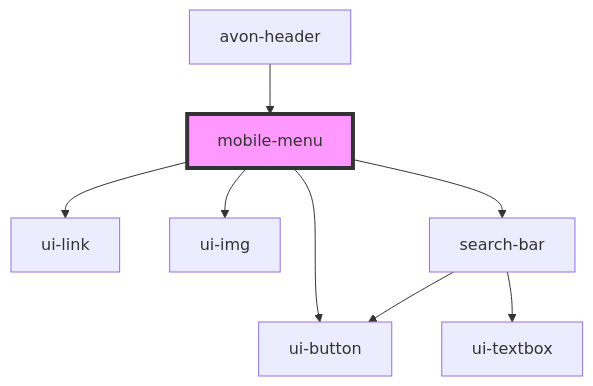
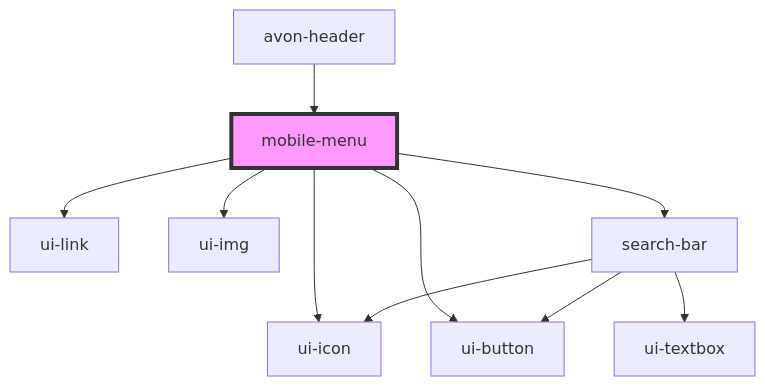
Before and after one commit to ankitghanekar-hcl/ui-shared-web-components: the diagram in src/components/avon-header/mobile-menu/readme.md, drawn with Mermaid. The commit also changed other lines of this file and 18 other files, not shown here.

````diff
--- a/src/components/avon-header/mobile-menu/readme.md
+++ b/src/components/avon-header/mobile-menu/readme.md
@@ -34,11 +35,13 @@
 ```mermaid
 graph TD;
   mobile-menu --> ui-link
   mobile-menu --> ui-img
+  mobile-menu --> ui-icon
   mobile-menu --> ui-button
   mobile-menu --> search-bar
   search-bar --> ui-textbox
   search-bar --> ui-button
+  search-bar --> ui-icon
   avon-header --> mobile-menu
   style mobile-menu fill:#f9f,stroke:#333,stroke-width:4px
 ```
````
